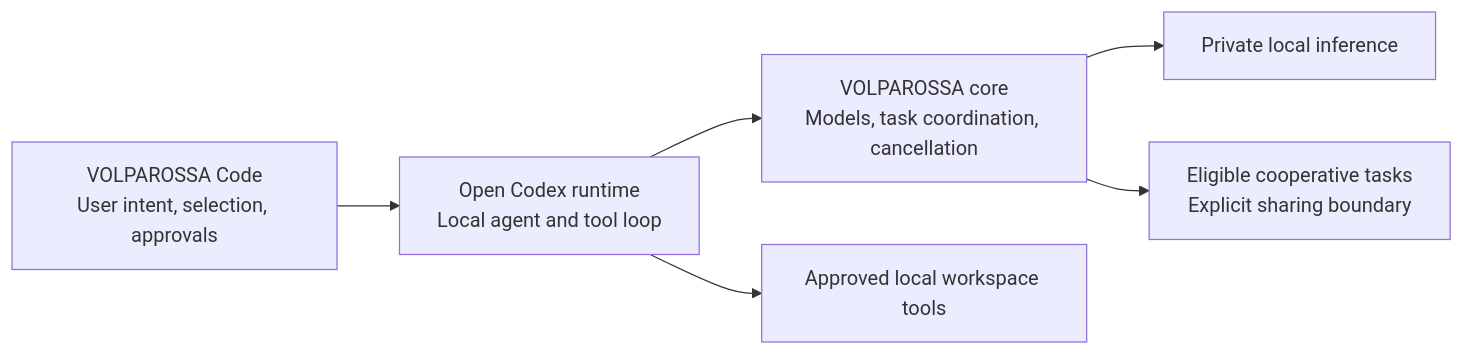
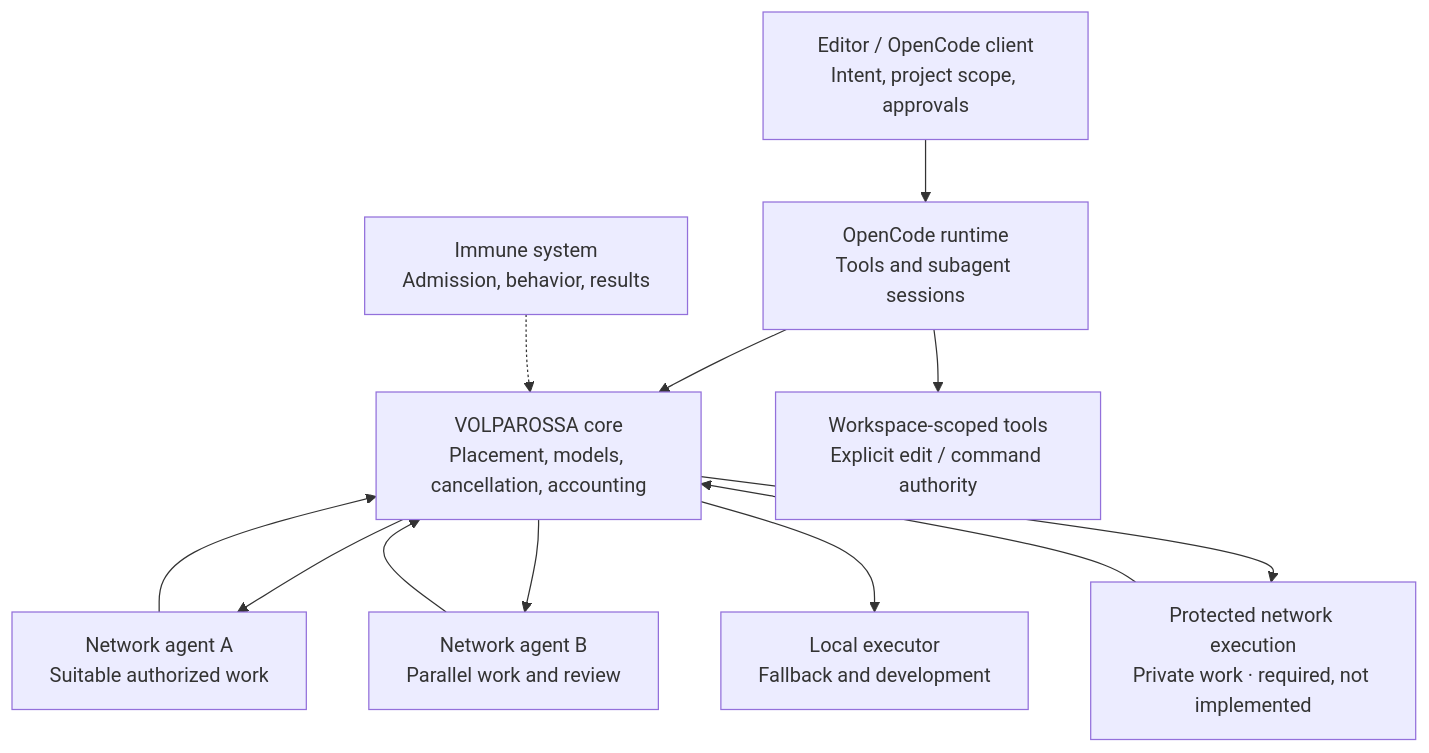
Before and after one commit to VOLPAROSSA/volparossa-code: the diagram in README.md, drawn with Mermaid. The commit also changed other lines of this file and 37 other files, not shown here.

Commit message:
code: migrate to OpenCode with core-backed cooperative tasks

````diff
--- a/README.md
+++ b/README.md
@@ -12,8 +17,14 @@
 ```mermaid
-flowchart LR
-    Editor["VOLPAROSSA Code\nUser intent, selection, approvals"] --> Runtime["Open Codex runtime\nLocal agent and tool loop"]
-    Runtime --> Core["VOLPAROSSA core\nModels, task coordination, cancellation"]
-    Core --> Private["Private local inference"]
-    Core --> Cooperative["Eligible cooperative tasks\nExplicit sharing boundary"]
-    Runtime --> Tools["Approved local workspace tools"]
+flowchart TD
+    UI["Editor / OpenCode client<br/>Intent, project scope, approvals"] --> Runtime["OpenCode runtime<br/>Tools and subagent sessions"]
+    Runtime --> Core["VOLPAROSSA core<br/>Placement, models, cancellation, accounting"]
+    Core --> A["Network agent A<br/>Suitable authorized work"]
+    Core --> B["Network agent B<br/>Parallel work and review"]
+    Core --> C["Protected network execution<br/>Private work · required, not implemented"]
+    Core --> Local["Local executor<br/>Fallback and development"]
+    A --> Core
+    B --> Core
+    C --> Core
+    Runtime --> Tools["Workspace-scoped tools<br/>Explicit edit / command authority"]
+    Immune["Immune system<br/>Admission, behavior, results"] -.-> Core
 ```
````
